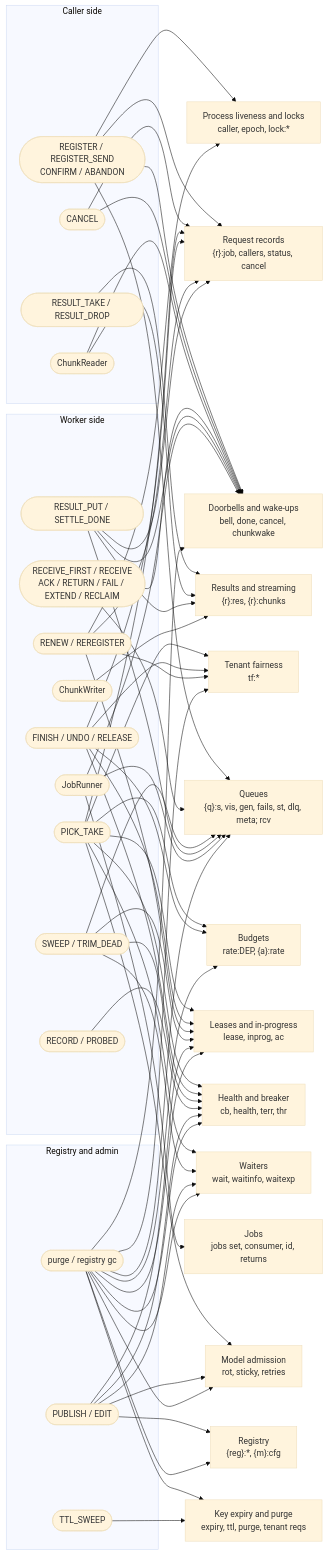
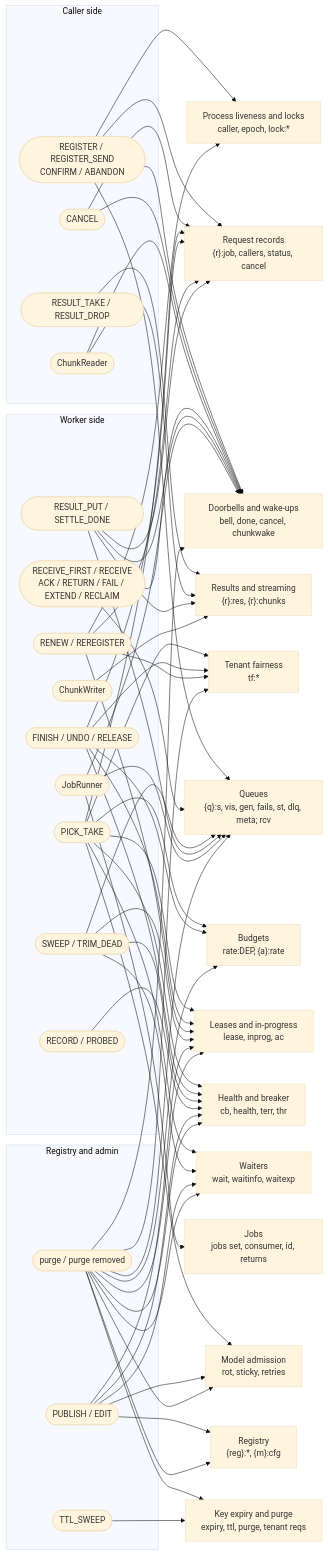
The diagram in docs/reference/store-keys.md (techiewonk/llm-queue), drawn with Mermaid (base theme) before and after one commit. The commit also changed other lines of this file and 29 other files, not shown here.

````diff
--- a/docs/reference/store-keys.md
+++ b/docs/reference/store-keys.md
@@ -58,55 +58,55 @@
 ```mermaid
 flowchart LR
   subgraph caller["Caller side"]
     REG(["REGISTER / REGISTER_SEND<br/>CONFIRM / ABANDON"])
     TAKE(["RESULT_TAKE / RESULT_DROP"])
     CAN(["CANCEL"])
     CR(["ChunkReader"])
   end
   subgraph worker["Worker side"]
     RCV(["RECEIVE_FIRST / RECEIVE<br/>ACK / RETURN / FAIL / EXTEND / RECLAIM"])
     PICK(["PICK_TAKE"])
     SET(["FINISH / UNDO / RELEASE"])
     BEAT(["RENEW / REREGISTER"])
     SWP(["SWEEP / TRIM_DEAD"])
     PUT(["RESULT_PUT / SETTLE_DONE"])
     CW(["ChunkWriter"])
     HL(["RECORD / PROBED"])
     JOB(["JobRunner"])
   end
   subgraph admin["Registry and admin"]
     PUB(["PUBLISH / EDIT"])
-    GC(["purge / registry gc"])
+    GC(["purge / purge removed"])
     TS(["TTL_SWEEP"])
   end
   G1["Registry<br/>{reg}:*, {m}:cfg"]
   G2["Model admission<br/>rot, sticky, retries"]
   G3["Budgets<br/>rate:DEP, {a}:rate"]
   G4["Waiters<br/>wait, waitinfo, waitexp"]
   G5["Leases and in-progress<br/>lease, inprog, ac"]
   G6["Health and breaker<br/>cb, health, terr, thr"]
   G7["Tenant fairness<br/>tf:*"]
   G8["Request records<br/>{r}:job, callers, status, cancel"]
   G9["Results and streaming<br/>{r}:res, {r}:chunks"]
   G10["Queues<br/>{q}:s, vis, gen, fails, st, dlq, meta; rcv"]
   G11["Doorbells and wake-ups<br/>bell, done, cancel, chunkwake"]
   G12["Jobs<br/>jobs set, consumer, id, returns"]
   G13["Process liveness and locks<br/>caller, epoch, lock:*"]
   G14["Key expiry and purge<br/>expiry, ttl, purge, tenant reqs"]
   REG --> G8 & G10 & G11 & G13
   TAKE --> G9
   CAN --> G8 & G11
   CR --> G9 & G11
   RCV --> G10 & G11
   PICK --> G2 & G3 & G4 & G5 & G6 & G7 & G8
   SET --> G3 & G5 & G6 & G7 & G8
   BEAT --> G5 & G7 & G8 & G13
   SWP --> G4 & G5 & G6 & G10
   PUT --> G8 & G9 & G10 & G11
   CW --> G9
   HL --> G6
   JOB --> G10 & G11 & G12
   PUB --> G1 & G2 & G4 & G5 & G6
   GC --> G1 & G2 & G3 & G4 & G5 & G6 & G7 & G10 & G11 & G14
   TS --> G14
 ```
````
